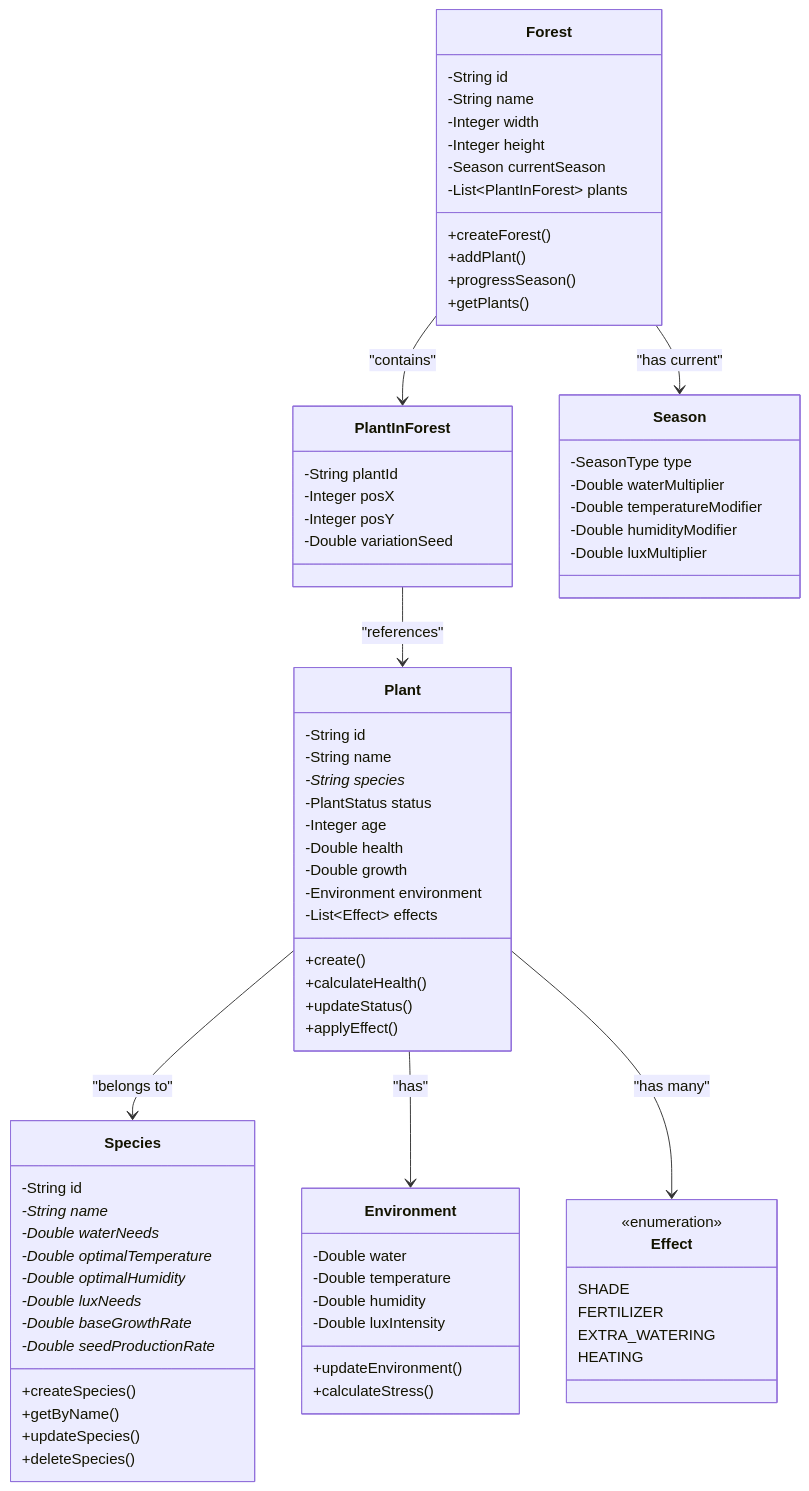
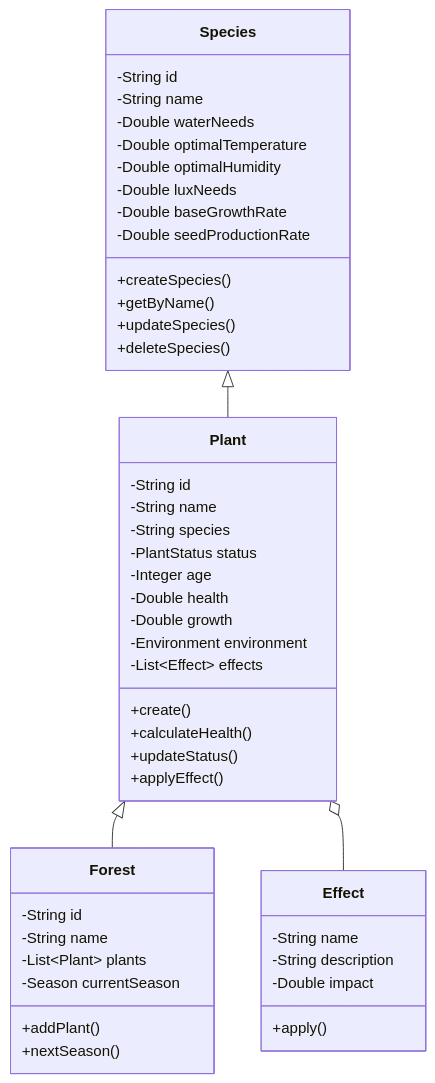
The second of 4 diagrams in GreenDesk-Doc/docs/architecture.md (fasai444/GreenDesk), drawn with Mermaid before and after one commit. The commit also changed other lines of this file and 7 other files, not shown here.

````diff
--- a/GreenDesk-Doc/docs/architecture.md
+++ b/GreenDesk-Doc/docs/architecture.md
@@ -31,23 +38,22 @@
 classDiagram
     class Species {
         -String id
-        -String name*
-        -Double waterNeeds*
-        -Double optimalTemperature*
-        -Double optimalHumidity*
-        -Double luxNeeds*
-        -Double baseGrowthRate*
-        -Double seedProductionRate*
+        -String name
+        -Double waterNeeds
+        -Double optimalTemperature
+        -Double optimalHumidity
+        -Double luxNeeds
+        -Double baseGrowthRate
+        -Double seedProductionRate
         +createSpecies()
         +getByName()
         +updateSpecies()
         +deleteSpecies()
     }
-    
     class Plant {
         -String id
         -String name
-        -String species*
+        -String species
         -PlantStatus status
         -Integer age
         -Double health
@@ -59,56 +65,21 @@
         +updateStatus()
         +applyEffect()
     }
-    
-    class Environment {
-        -Double water
-        -Double temperature
-        -Double humidity
-        -Double luxIntensity
-        +updateEnvironment()
-        +calculateStress()
-    }
-    
     class Forest {
         -String id
         -String name
-        -Integer width
-        -Integer height
+        -List~Plant~ plants
         -Season currentSeason
-        -List~PlantInForest~ plants
-        +createForest()
         +addPlant()
-        +progressSeason()
-        +getPlants()
+        +nextSeason()
     }
-    
-    class PlantInForest {
-        -String plantId
-        -Integer posX
-        -Integer posY
-        -Double variationSeed
+    class Effect {
+        -String name
+        -String description
+        -Double impact
+        +apply()
     }
-    
-    class Season {
-        -SeasonType type
-        -Double waterMultiplier
-        -Double temperatureModifier
-        -Double humidityModifier
-        -Double luxMultiplier
-    }
-    
-    class Effect {
-        <<enumeration>>
-        SHADE
-        FERTILIZER
-        EXTRA_WATERING
-        HEATING
-    }
-    
-    Plant --> Species : "belongs to"
-    Plant --> Environment : "has"
-    Plant --> Effect : "has many"
-    Forest --> PlantInForest : "contains"
-    PlantInForest --> Plant : "references"
-    Forest --> Season : "has current"
+    Species <|-- Plant
+    Plant <|-- Forest
+    Plant o-- Effect
 ```
````
